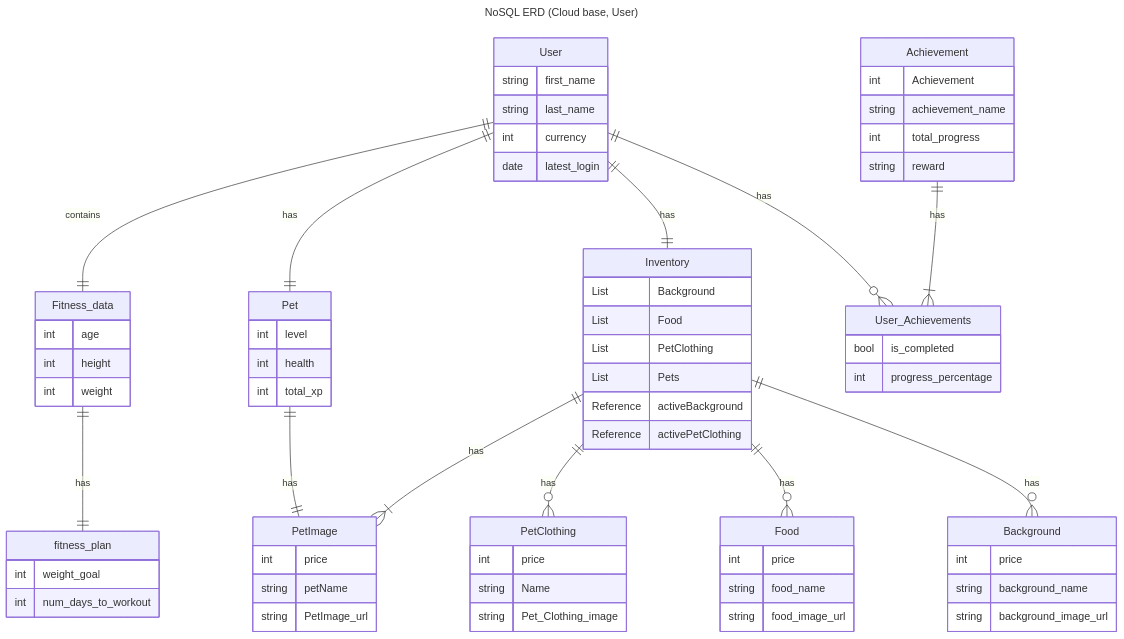
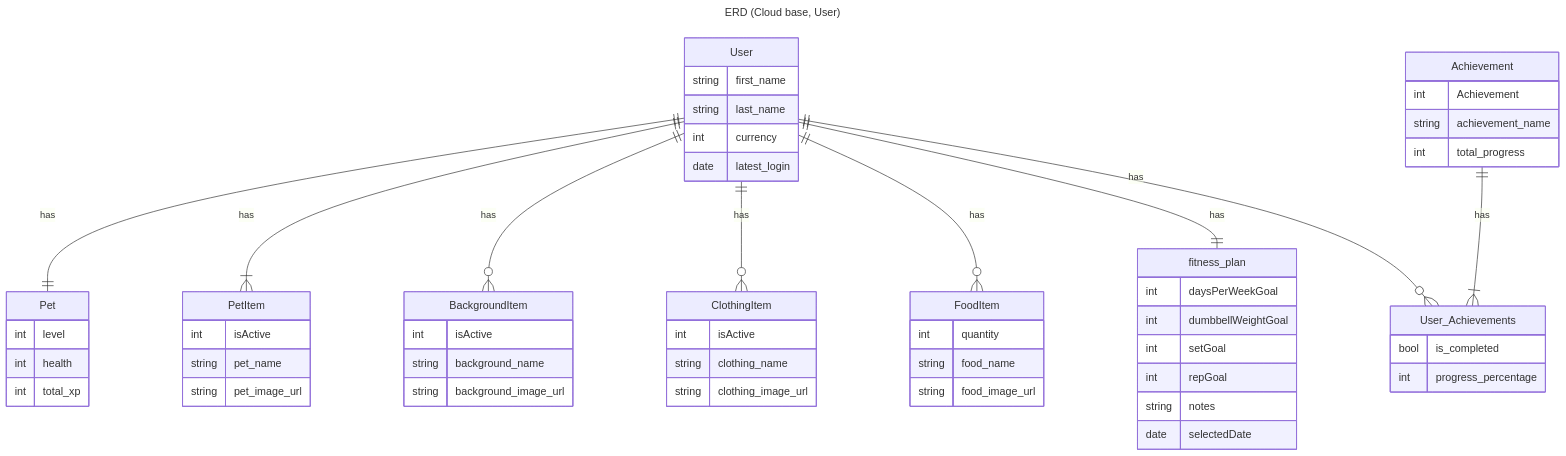
Before and after one commit to Capstone-Projects-2024-Spring/project-smartweights: the first of 2 diagrams in documentation/docs/system-architecture/database-diagrams.md, drawn with Mermaid. The commit also changed other lines of this file and 11 other files, not shown here.

````diff
--- a/documentation/docs/system-architecture/database-diagrams.md
+++ b/documentation/docs/system-architecture/database-diagrams.md
@@ -36,37 +35,32 @@
 ```mermaid
 ---
-title: NoSQL ERD (Cloud base, User)
+title: ERD (Cloud base, User)
 ---
 erDiagram
 
     %% User ||--||Achievement_List: has
    
-    User ||--||Fitness_data: contains
-    User ||--||Inventory: has
     User ||--||Pet: has
-    Pet ||--|| PetImage: has
-    Inventory ||--|{ PetImage: has
-    Inventory ||--o{ PetClothing: has
- 
-    Inventory ||--o{ Food: has
-    Inventory ||--o{ Background: has
-    Fitness_data||--||fitness_plan: has
+    User ||--|{PetItem: has
+    User ||--o{BackgroundItem: has
+    User ||--o{ClothingItem: has
+    User ||--o{FoodItem: has
 
-   User ||--o{User_Achievements:has
+    User ||--||fitness_plan: has
+
+     User ||--o{User_Achievements:has
     Achievement ||--|{ User_Achievements: has
 
 
-    Fitness_data{
-        int age
-        int height
-        int weight
-
-    }
-
+   
     fitness_plan{
 
-        int weight_goal
-        int num_days_to_workout
+        int daysPerWeekGoal
+        int dumbbellWeightGoal
+        int setGoal
+        int repGoal
+        string notes
+        date selectedDate
     }
     User {
         string first_name
@@ -80,44 +74,33 @@
         int health
         int total_xp
     }
-    PetImage{
-        int price
-        string petName
-        string PetImage_url
+    PetItem{
+        int isActive
+        string pet_name
+        string pet_image_url
     }
-    Inventory{
-        List Background
-        List Food
-        List PetClothing
-        List Pets
-        Reference activeBackground
-        Reference activePetClothing
-
-    }
-    Food{
-        int price
+    FoodItem{
+        int quantity
         string food_name
         string food_image_url
     }
-    Background{
-        int price
+    BackgroundItem{
+        int isActive
         string background_name
         string background_image_url
     }
-    PetClothing{
-        int price
-        string Name
-        string Pet_Clothing_image
+    ClothingItem{
+        int isActive
+        string clothing_name
+        string clothing_image_url
     }
    Achievement{
         int Achievement
         string achievement_name
         int total_progress
-        string reward
     }
     User_Achievements{
-
-         bool is_completed
+        bool is_completed
         int progress_percentage
 
     }
````
